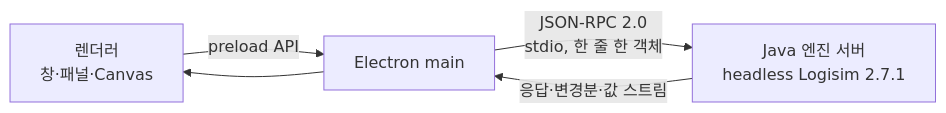
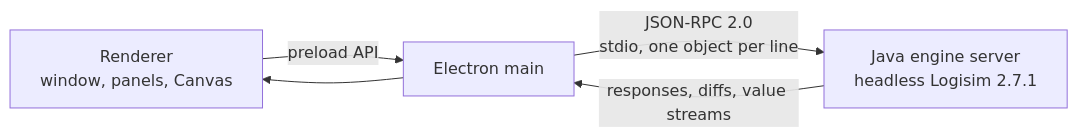
Before and after one commit to ars2323/hallym-circuit-studio: the first of 3 diagrams in PLAN.md, drawn with Mermaid. The commit also changed other lines of this file and 4 other files, not shown here.

````diff
--- a/PLAN.md
+++ b/PLAN.md
@@ -115,7 +115,7 @@
 ```mermaid
 flowchart LR
-  R[렌더러<br/>창·패널·Canvas] -- preload API --> M[Electron main]
-  M -- JSON-RPC 2.0<br/>stdio, 한 줄 한 객체 --> E[Java 엔진 서버<br/>headless Logisim 2.7.1]
-  E -- 응답·변경분·값 스트림 --> M
+  R[Renderer<br/>window, panels, Canvas] -- preload API --> M[Electron main]
+  M -- JSON-RPC 2.0<br/>stdio, one object per line --> E[Java engine server<br/>headless Logisim 2.7.1]
+  E -- responses, diffs, value streams --> M
   M --> R
 ```
````
